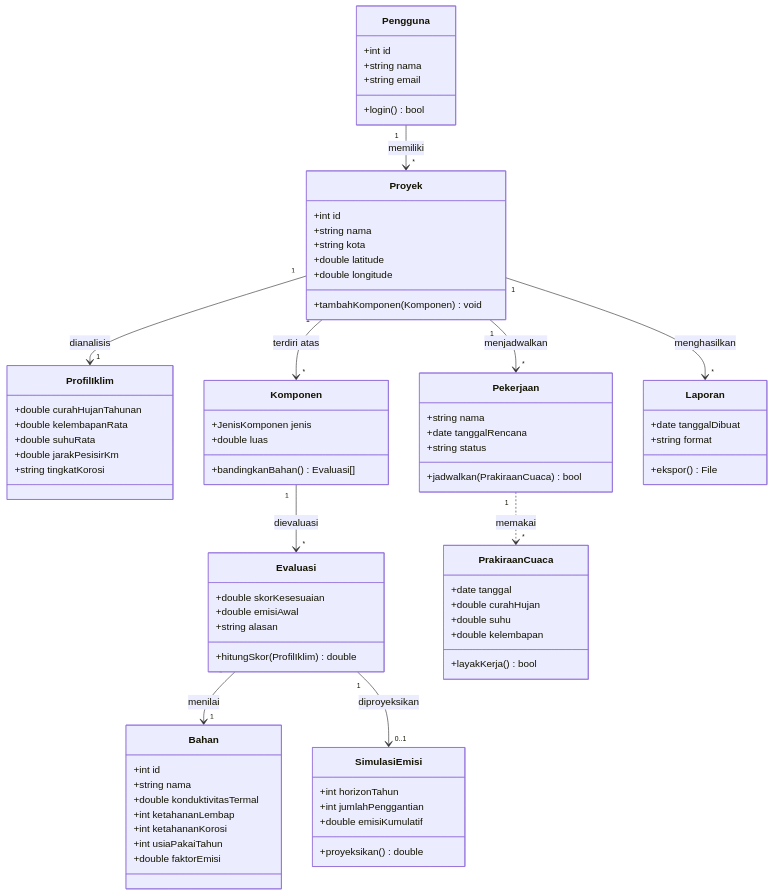
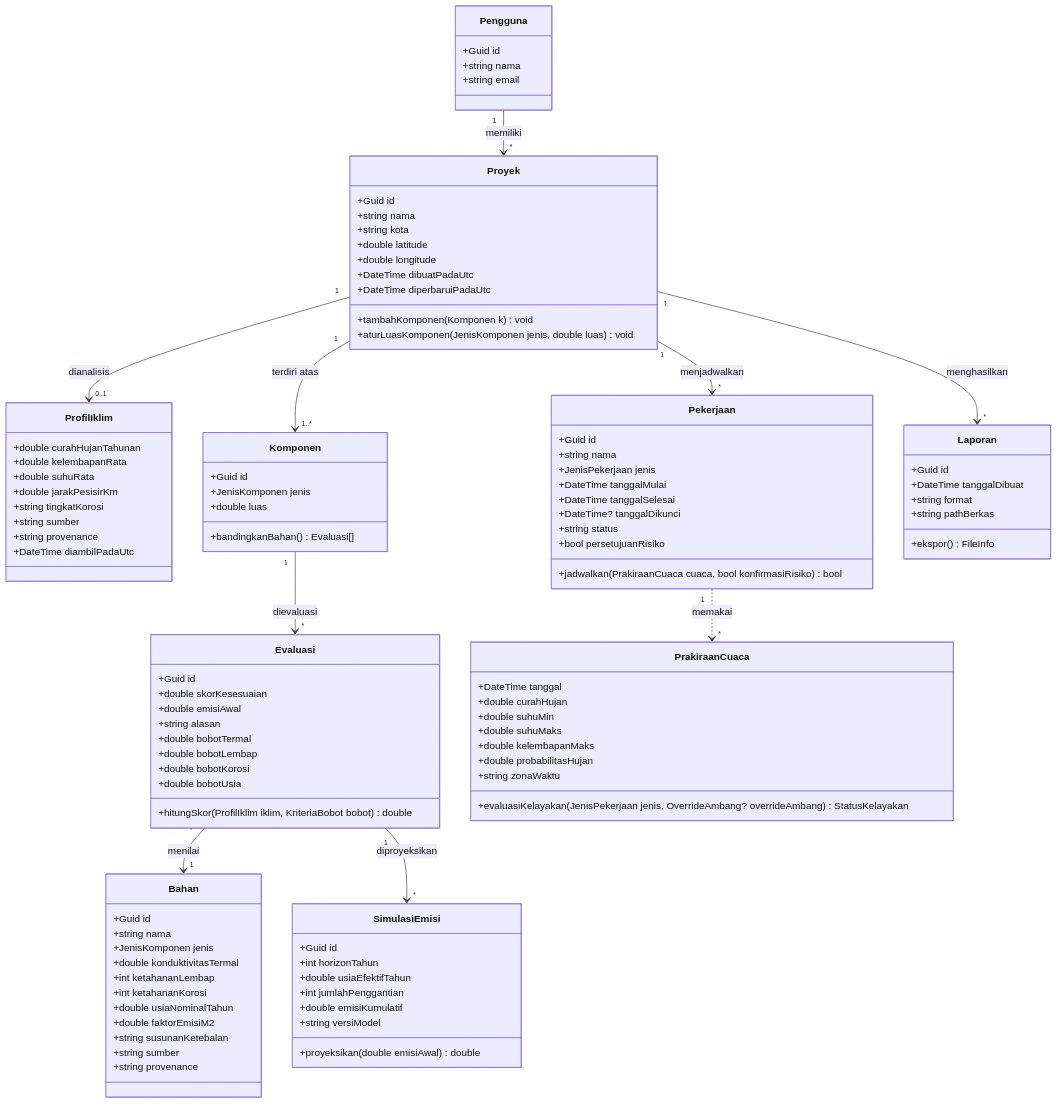
Before and after one commit to scientivan/wastu: the fourth of 4 diagrams in docs/uml-wastu.md, drawn with Mermaid. The commit also changed other lines of this file and 1 other file, not shown here.

Commit message:
docs: align UML diagrams and drawio models with target specifications

````diff
--- a/docs/uml-wastu.md
+++ b/docs/uml-wastu.md
@@ -107,18 +123,20 @@
 ```mermaid
 classDiagram
     class Pengguna {
-        +int id
+        +Guid id
         +string nama
         +string email
-        +login() bool
     }
     class Proyek {
-        +int id
+        +Guid id
         +string nama
         +string kota
         +double latitude
         +double longitude
-        +tambahKomponen(Komponen) void
+        +DateTime dibuatPadaUtc
+        +DateTime diperbaruiPadaUtc
+        +tambahKomponen(Komponen k) void
+        +aturLuasKomponen(JenisKomponen jenis, double luas) void
     }
     class ProfilIklim {
         +double curahHujanTahunan
@@ -126,59 +144,85 @@
         +double suhuRata
         +double jarakPesisirKm
         +string tingkatKorosi
+        +string sumber
+        +string provenance
+        +DateTime diambilPadaUtc
     }
     class Komponen {
+        +Guid id
         +JenisKomponen jenis
         +double luas
         +bandingkanBahan() Evaluasi[]
     }
     class Bahan {
-        +int id
+        +Guid id
         +string nama
+        +JenisKomponen jenis
         +double konduktivitasTermal
         +int ketahananLembap
         +int ketahananKorosi
-        +int usiaPakaiTahun
-        +double faktorEmisi
+        +double usiaNominalTahun
+        +double faktorEmisiM2
+        +string susunanKetebalan
+        +string sumber
+        +string provenance
     }
     class Evaluasi {
+        +Guid id
         +double skorKesesuaian
         +double emisiAwal
         +string alasan
-        +hitungSkor(ProfilIklim) double
+        +double bobotTermal
+        +double bobotLembap
+        +double bobotKorosi
+        +double bobotUsia
+        +hitungSkor(ProfilIklim iklim, KriteriaBobot bobot) double
     }
     class SimulasiEmisi {
+        +Guid id
         +int horizonTahun
+        +double usiaEfektifTahun
         +int jumlahPenggantian
         +double emisiKumulatif
-        +proyeksikan() double
+        +string versiModel
+        +proyeksikan(double emisiAwal) double
     }
     class Pekerjaan {
+        +Guid id
         +string nama
-        +date tanggalRencana
+        +JenisPekerjaan jenis
+        +DateTime tanggalMulai
+        +DateTime tanggalSelesai
+        +DateTime? tanggalDikunci
         +string status
-        +jadwalkan(PrakiraanCuaca) bool
+        +bool persetujuanRisiko
+        +jadwalkan(PrakiraanCuaca cuaca, bool konfirmasiRisiko) bool
     }
     class PrakiraanCuaca {
-        +date tanggal
+        +DateTime tanggal
         +double curahHujan
-        +double suhu
-        +double kelembapan
-        +layakKerja() bool
+        +double suhuMin
+        +double suhuMaks
+        +double kelembapanMaks
+        +double probabilitasHujan
+        +string zonaWaktu
+        +evaluasiKelayakan(JenisPekerjaan jenis, OverrideAmbang? overrideAmbang) StatusKelayakan
     }
     class Laporan {
-        +date tanggalDibuat
+        +Guid id
+        +DateTime tanggalDibuat
         +string format
-        +ekspor() File
+        +string pathBerkas
+        +ekspor() FileInfo
     }
 
     Pengguna "1" --> "*" Proyek : memiliki
-    Proyek "1" --> "1" ProfilIklim : dianalisis
-    Proyek "1" --> "*" Komponen : terdiri atas
+    Proyek "1" --> "0..1" ProfilIklim : dianalisis
+    Proyek "1" --> "1..*" Komponen : terdiri atas
     Proyek "1" --> "*" Pekerjaan : menjadwalkan
     Proyek "1" --> "*" Laporan : menghasilkan
     Komponen "1" --> "*" Evaluasi : dievaluasi
     Evaluasi "*" --> "1" Bahan : menilai
-    Evaluasi "1" --> "0..1" SimulasiEmisi : diproyeksikan
+    Evaluasi "1" --> "*" SimulasiEmisi : diproyeksikan
     Pekerjaan "1" ..> "*" PrakiraanCuaca : memakai
 ```
````
